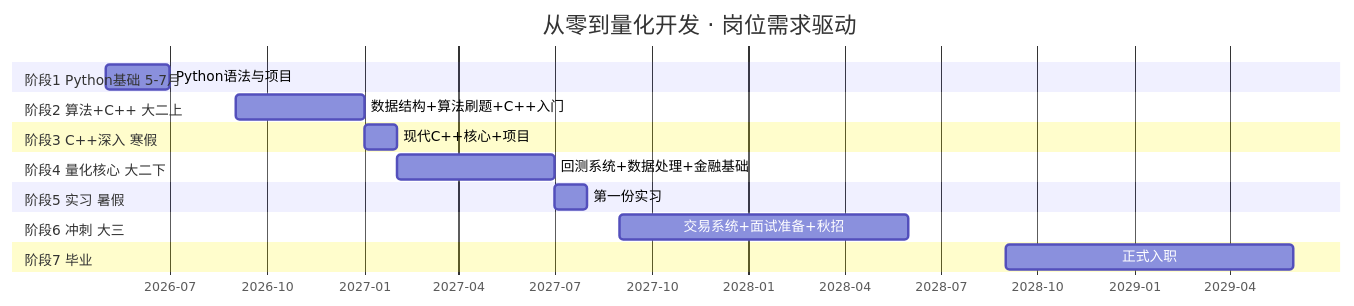
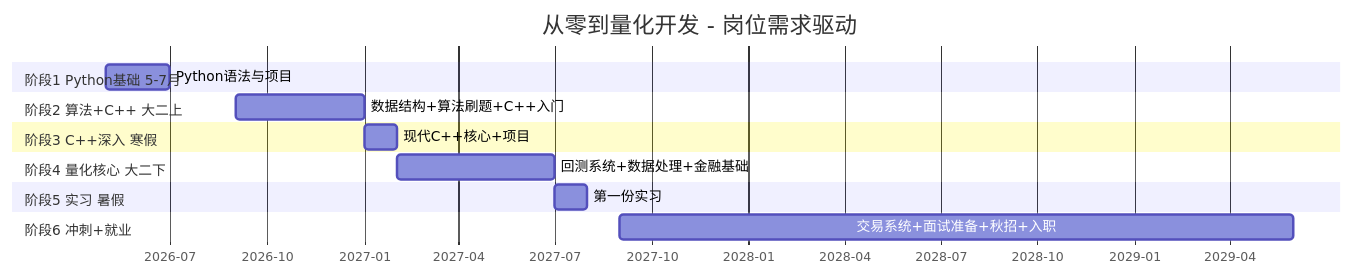
One commit to radiumno/study_plan changed the first of 2 diagrams in resources/主脉络.md. Above: the diagram before and after it, drawn with Mermaid. The commit also changed other lines of this file and 52 other files, not shown here.

````diff
--- a/resources/主脉络.md
+++ b/resources/主脉络.md
@@ -143,27 +168,24 @@
 ```mermaid
 gantt
-    title 从零到量化开发 · 岗位需求驱动
+    title 从零到量化开发 - 岗位需求驱动
     dateFormat  YYYY-MM
     axisFormat  %Y-%m
 
     section 阶段1 Python基础 5-7月
     Python语法与项目          :2026-05, 2026-07
 
     section 阶段2 算法+C++ 大二上
     数据结构+算法刷题+C++入门  :2026-09, 2027-01
 
     section 阶段3 C++深入 寒假
     现代C++核心+项目           :2027-01, 2027-02
 
     section 阶段4 量化核心 大二下
     回测系统+数据处理+金融基础 :2027-02, 2027-07
 
     section 阶段5 实习 暑假
     第一份实习                :2027-07, 2027-08
 
-    section 阶段6 冲刺 大三
-    交易系统+面试准备+秋招     :2027-09, 2028-06
-
-    section 阶段7 毕业
-    正式入职                  :2028-09, 2029-06
+    section 阶段6 冲刺+就业
+    交易系统+面试准备+秋招+入职 :2027-09, 2029-06
 ```
````
